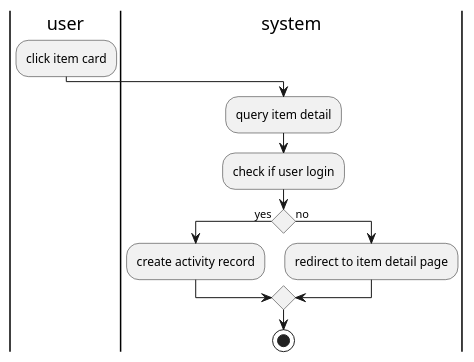
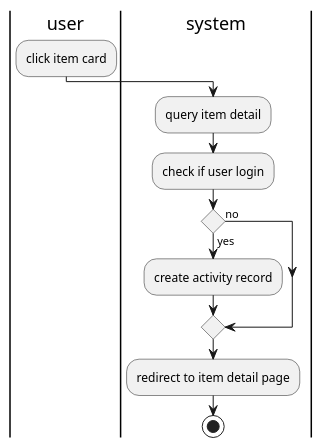
The diagram in uml diagram/activity diagram/10. see item detail.pu (aldihsuhandi/skripsi-2023), drawn with PlantUML before and after one commit. The commit also changed 2 other files, not shown here.

Commit message:
fix activity diagram missing activity

```diff
--- a/uml diagram/activity diagram/10. see item detail.pu
+++ b/uml diagram/activity diagram/10. see item detail.pu
@@ -1,13 +1,13 @@
 @startuml see item detail
 |user|
 :click item card;
 |system|
 :query item detail;
 :check if user login;
 if () then (yes)
-:create activity record;
+    :create activity record;
 else (no)
-    :redirect to item detail page;
 endif
+:redirect to item detail page;
 stop
 @enduml
```
